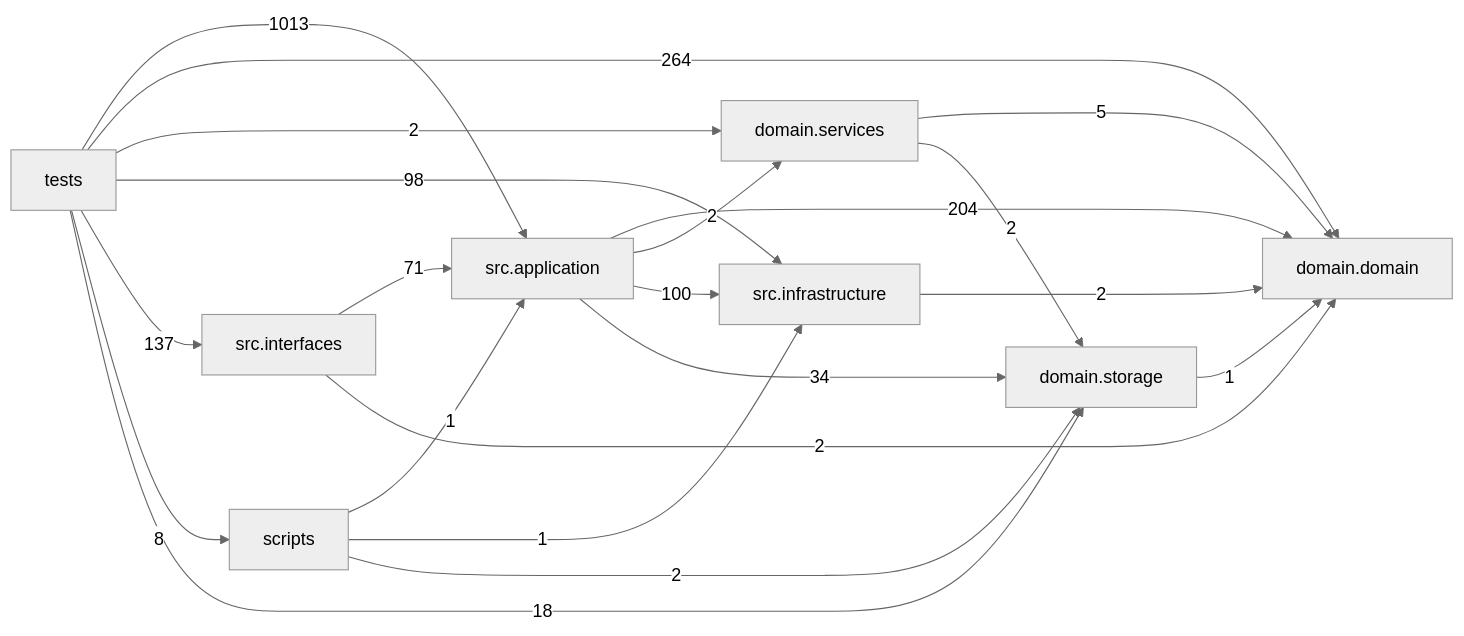
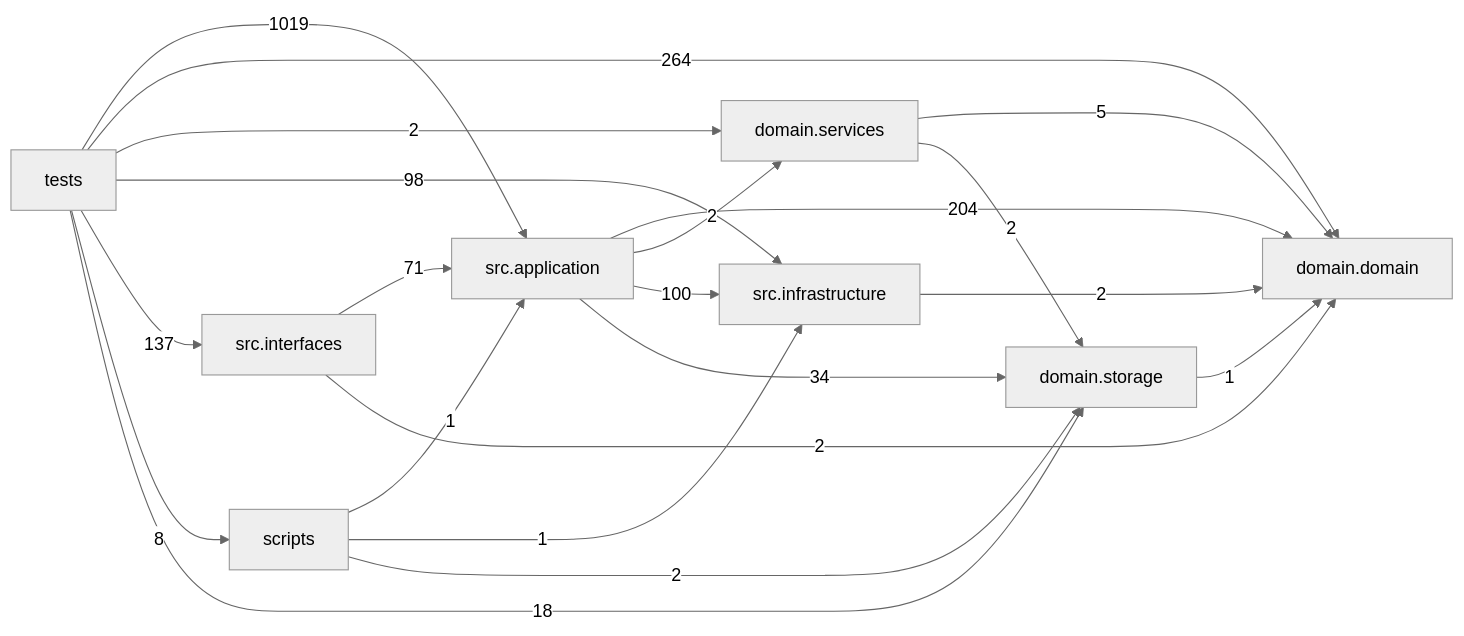
One commit to liuxie066/options-monitor changed the diagram in docs/DEPENDENCY_GRAPH.md. Above: the diagram before and after it, drawn with Mermaid (neutral theme). The commit also changed other lines of this file and 6 other files, not shown here.

````diff
--- a/docs/DEPENDENCY_GRAPH.md
+++ b/docs/DEPENDENCY_GRAPH.md
@@ -24,31 +24,31 @@
 ```mermaid
 flowchart LR
   tests["tests"]
   scripts["scripts"]
   interfaces["src.interfaces"]
   application["src.application"]
   infrastructure["src.infrastructure"]
   domain_services["domain.services"]
   domain["domain.domain"]
   storage["domain.storage"]
   application -->|204| domain
   application -->|2| domain_services
   application -->|100| infrastructure
   application -->|34| storage
   domain_services -->|5| domain
   domain_services -->|2| storage
   infrastructure -->|2| domain
   interfaces -->|71| application
   interfaces -->|2| domain
   scripts -->|1| application
   scripts -->|1| infrastructure
   scripts -->|2| storage
   storage -->|1| domain
-  tests -->|1013| application
+  tests -->|1019| application
   tests -->|264| domain
   tests -->|2| domain_services
   tests -->|98| infrastructure
   tests -->|137| interfaces
   tests -->|8| scripts
   tests -->|18| storage
 ```
````
